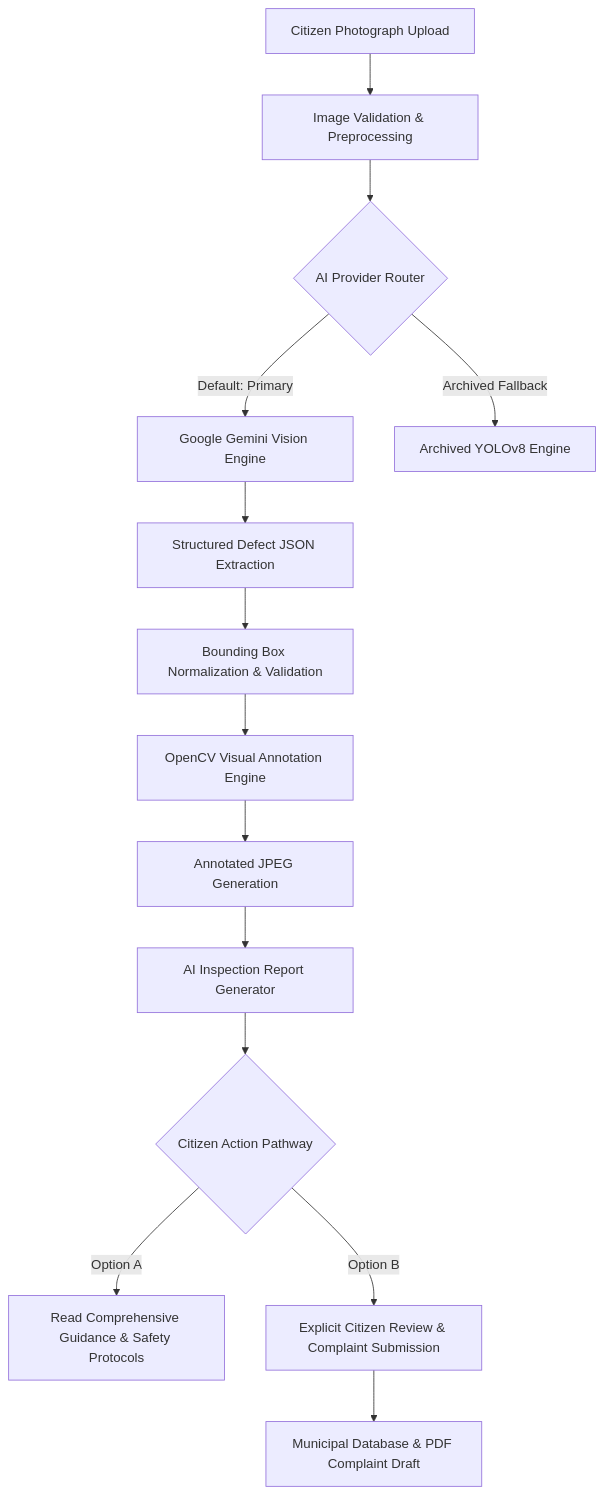
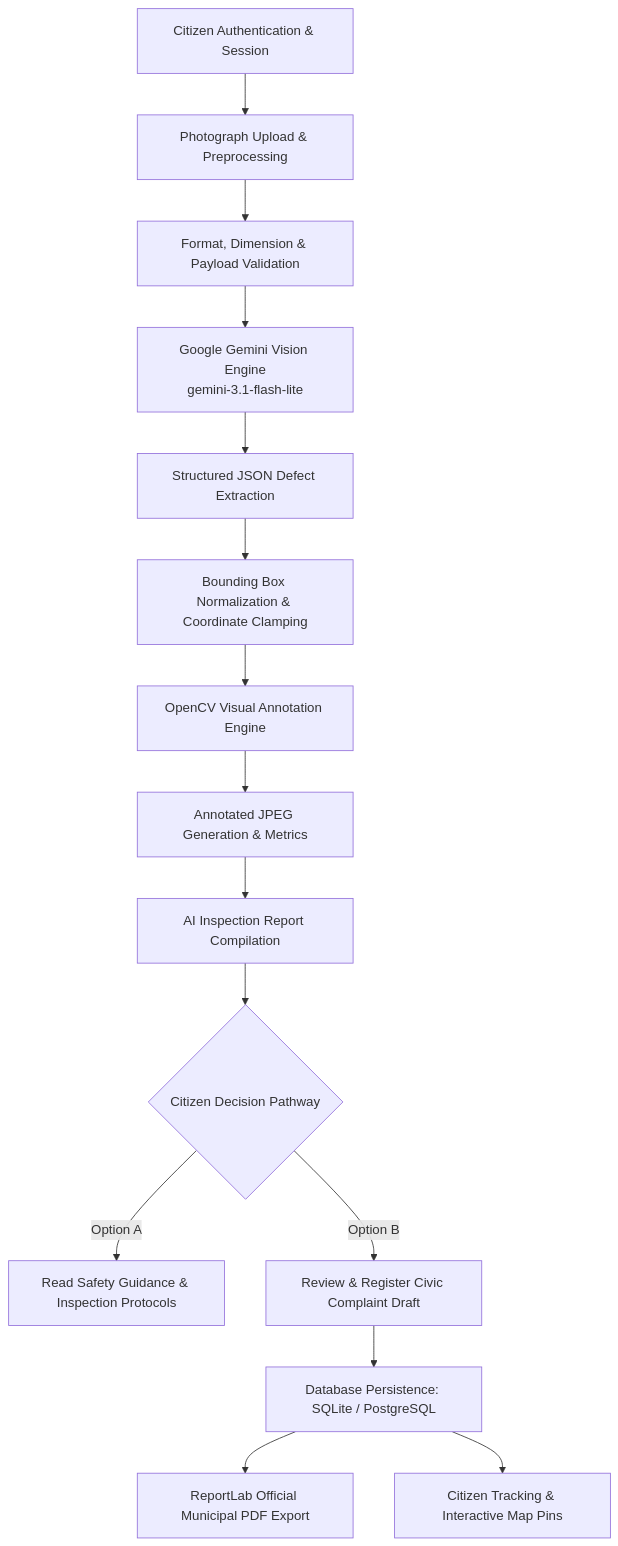
The diagram in README.md (szeeshanZ123/visionGuard), drawn with Mermaid before and after one commit. The commit also changed other lines of this file and 9 other files, not shown here.

Commit message:
feat: upgrade to Gemini Vision multimodal platform, align UI branding, and verify civic complaint workflows

````diff
--- a/README.md
+++ b/README.md
@@ -20,16 +37,17 @@
 ```mermaid
 flowchart TD
-    A[Citizen Photograph Upload] --> B[Image Validation & Preprocessing]
-    B --> C{AI Provider Router}
-    C -->|Default: Primary| D[Google Gemini Vision Engine]
-    C -->|Archived Fallback| E[Archived YOLOv8 Engine]
-    D --> F[Structured Defect JSON Extraction]
-    F --> G[Bounding Box Normalization & Validation]
-    G --> H[OpenCV Visual Annotation Engine]
-    H --> I[Annotated JPEG Generation]
-    I --> J[AI Inspection Report Generator]
-    J --> K{Citizen Action Pathway}
-    K -->|Option A| L[Read Comprehensive Guidance & Safety Protocols]
-    K -->|Option B| M[Explicit Citizen Review & Complaint Submission]
-    M --> N[Municipal Database & PDF Complaint Draft]
+    A[Citizen Authentication & Session] --> B[Photograph Upload & Preprocessing]
+    B --> C[Format, Dimension & Payload Validation]
+    C --> D[Google Gemini Vision Engine\ngemini-3.1-flash-lite]
+    D --> E[Structured JSON Defect Extraction]
+    E --> F[Bounding Box Normalization & Coordinate Clamping]
+    F --> G[OpenCV Visual Annotation Engine]
+    G --> H[Annotated JPEG Generation & Metrics]
+    H --> I[AI Inspection Report Compilation]
+    I --> J{Citizen Decision Pathway}
+    J -->|Option A| K[Read Safety Guidance & Inspection Protocols]
+    J -->|Option B| L[Review & Register Civic Complaint Draft]
+    L --> M[Database Persistence: SQLite / PostgreSQL]
+    M --> N[ReportLab Official Municipal PDF Export]
+    M --> O[Citizen Tracking & Interactive Map Pins]
 ```
````
